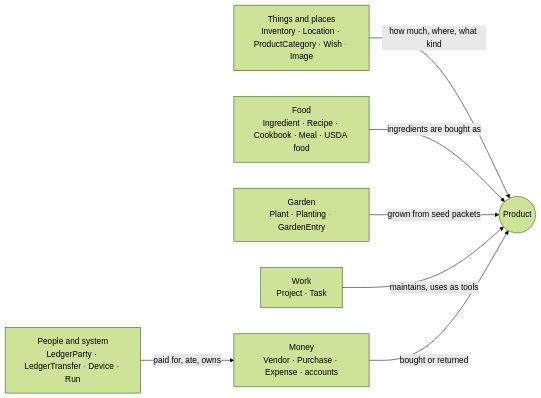
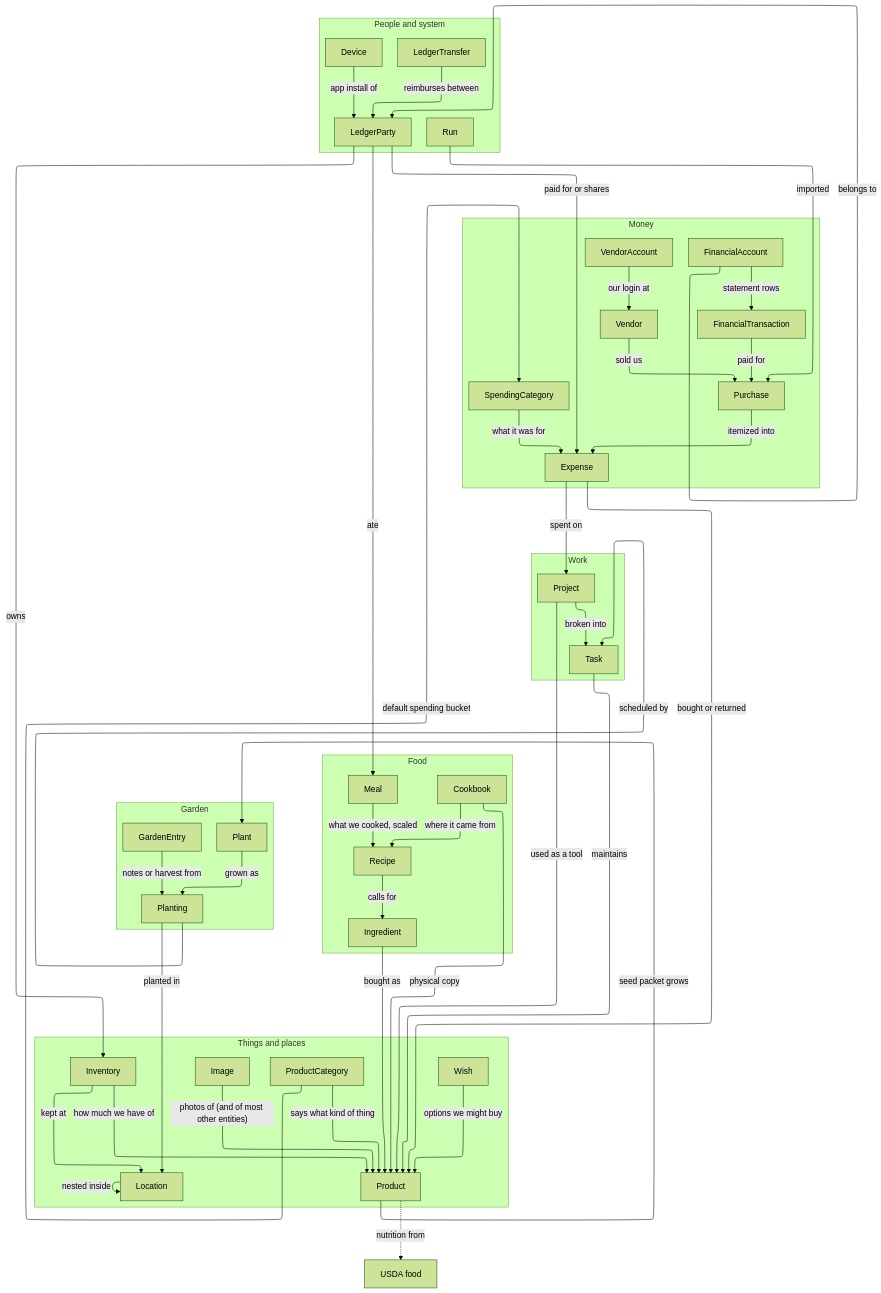
The first of 7 diagrams in README.md (nickysemenza/cubby), drawn with Mermaid (forest theme) before and after one commit.

Commit message:
Try the full entity graph with ELK layout

````diff
--- a/README.md
+++ b/README.md
@@ -79,10 +79,56 @@
 ```mermaid
-flowchart LR
-  Product(("Product"))
-  Things["Things and places<br/>Inventory · Location · ProductCategory · Wish · Image"] -- "how much, where, what kind" --> Product
-  Food["Food<br/>Ingredient · Recipe · Cookbook · Meal · USDA food"] -- "ingredients are bought as" --> Product
-  Garden["Garden<br/>Plant · Planting · GardenEntry"] -- "grown from seed packets" --> Product
-  Work["Work<br/>Project · Task"] -- "maintains, uses as tools" --> Product
-  Money["Money<br/>Vendor · Purchase · Expense · accounts"] -- "bought or returned" --> Product
-  People["People and system<br/>LedgerParty · LedgerTransfer · Device · Run"] -- "paid for, ate, owns" --> Money
+---
+config:
+  layout: elk
+---
+flowchart TB
+  subgraph Core["Things and places"]
+    ProductCategory -- "says what kind of thing" --> Product
+    Inventory -- "how much we have of" --> Product
+    Inventory -- "kept at" --> Location
+    Location -- "nested inside" --> Location
+    Wish -- "options we might buy" --> Product
+    Image -- "photos of (and of most other entities)" --> Product
+  end
+  subgraph Food
+    Recipe -- "calls for" --> Ingredient
+    Cookbook -- "where it came from" --> Recipe
+    Meal -- "what we cooked, scaled" --> Recipe
+  end
+  subgraph Garden
+    Plant -- "grown as" --> Planting
+    GardenEntry -- "notes or harvest from" --> Planting
+  end
+  subgraph Work
+    Project -- "broken into" --> Task
+  end
+  subgraph Money
+    Vendor -- "sold us" --> Purchase
+    VendorAccount -- "our login at" --> Vendor
+    Purchase -- "itemized into" --> Expense
+    SpendingCategory -- "what it was for" --> Expense
+    FinancialAccount -- "statement rows" --> FinancialTransaction
+    FinancialTransaction -- "paid for" --> Purchase
+  end
+  subgraph People["People and system"]
+    LedgerTransfer -- "reimburses between" --> LedgerParty
+    Device -- "app install of" --> LedgerParty
+    Run
+  end
+  Ingredient -- "bought as" --> Product
+  Product -. "nutrition from" .-> USDA[USDA food]
+  Product -- "seed packet grows" --> Plant
+  Cookbook -- "physical copy" --> Product
+  ProductCategory -- "default spending bucket" --> SpendingCategory
+  Planting -- "planted in" --> Location
+  Planting -- "scheduled by" --> Task
+  Project -- "used as a tool" --> Product
+  Task -- "maintains" --> Product
+  Expense -- "bought or returned" --> Product
+  Expense -- "spent on" --> Project
+  LedgerParty -- "paid for or shares" --> Expense
+  LedgerParty -- "ate" --> Meal
+  LedgerParty -- "owns" --> Inventory
+  FinancialAccount -- "belongs to" --> LedgerParty
+  Run -- "imported" --> Purchase
 ```
````
